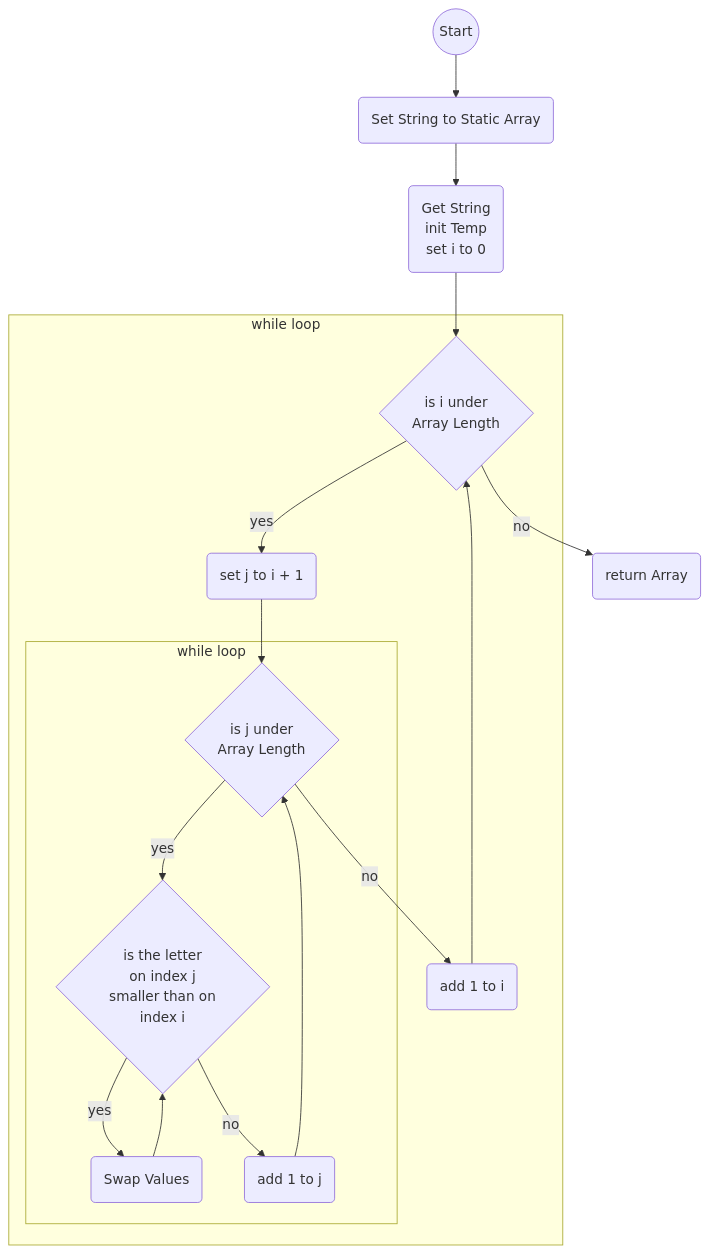
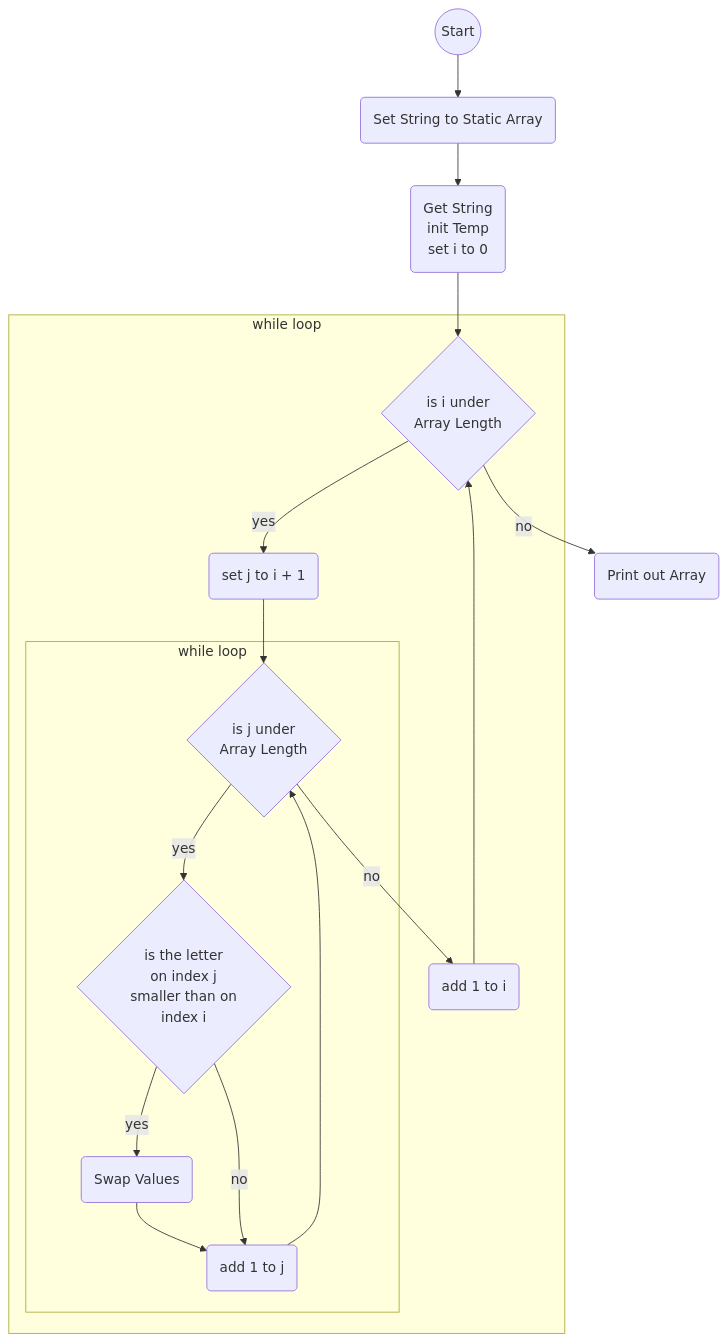
One commit to Timofey-Makhankov/Modul-319-A3-Series-A changed the diagram in README.md. Above: the diagram before and after it, drawn with Mermaid.

Commit message:
updated Activity Diagram

````diff
--- a/README.md
+++ b/README.md
@@ -3,20 +3,20 @@
 ```mermaid
     flowchart TD
     A((Start))-->B(Set String to Static Array)
     B-->C(Get String\ninit Temp\nset i to 0)
     C-->D{is i under\nArray Length}
-    D-->|no|E(return Array)
+    D-->|no|E(Print out Array)
     subgraph while loop
     G-->|no|H(add 1 to i)
     F-->G{is j under\nArray Length}
     H-->D
     subgraph while loop
     G-->|yes|I{is the letter\non index j\nsmaller than on\nindex i}
     I-->|yes|K(Swap Values)
-    K-->I
+    K-->J
     I-->|no|J(add 1 to j)
     end
     J-->G
     D-->|yes|F(set j to i + 1)
     end
 ```
````
